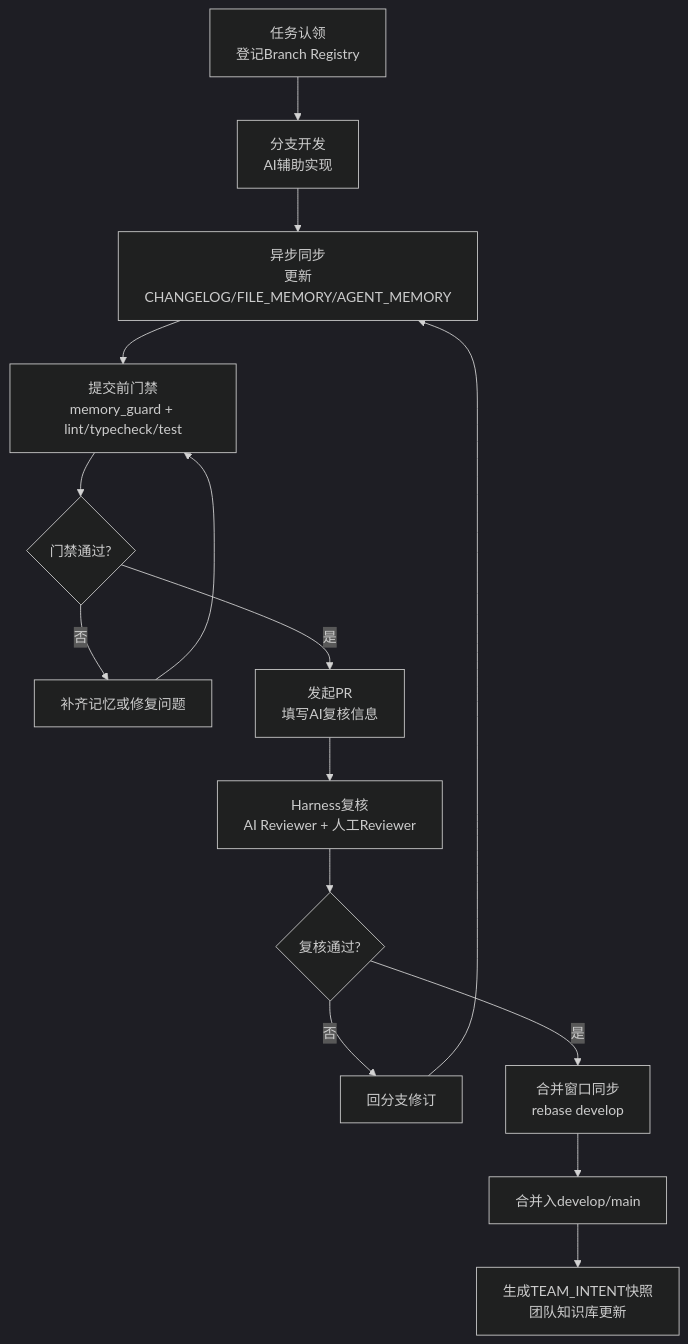
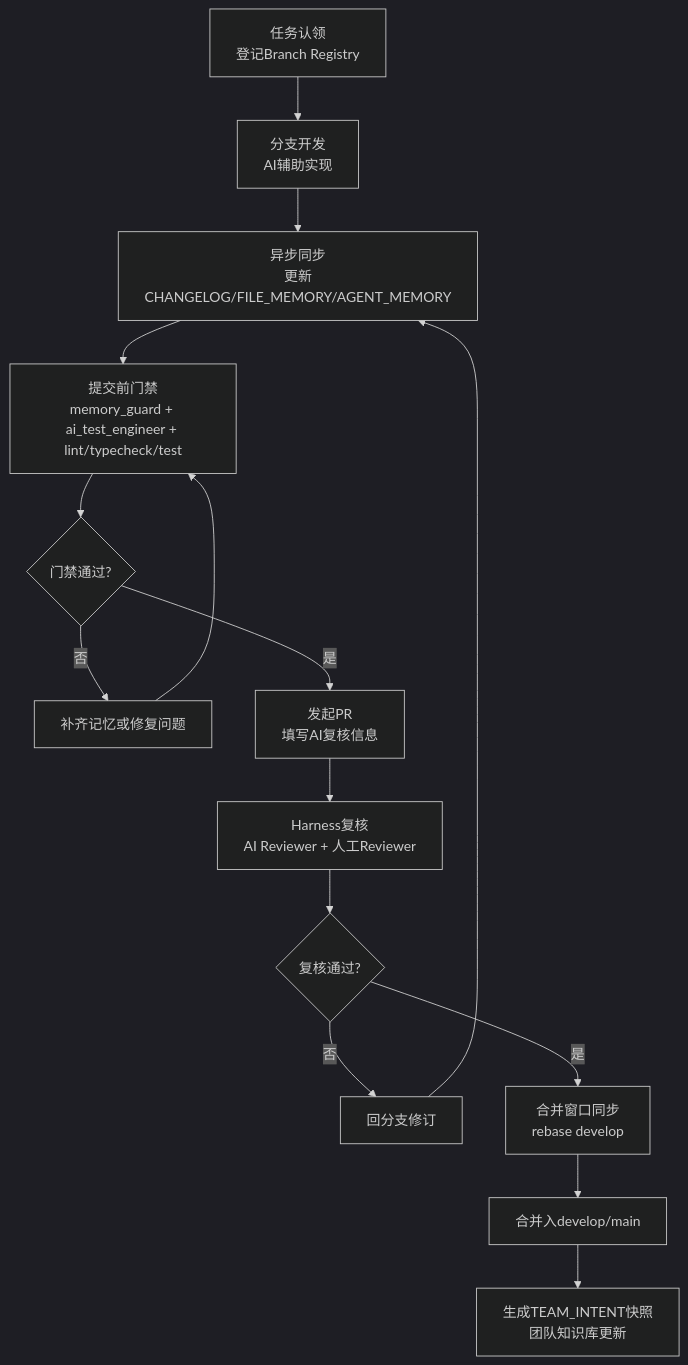
The diagram in docs/39-团队执行版SOP-AI协同开发.md (hyqxyd/vibe-coding-project), drawn with Mermaid (dark theme) before and after one commit. The commit also changed other lines of this file and 7 other files, not shown here.

````diff
--- a/docs/39-团队执行版SOP-AI协同开发.md
+++ b/docs/39-团队执行版SOP-AI协同开发.md
@@ -5,17 +5,17 @@
 ```mermaid
 flowchart TD
     A[任务认领<br/>登记Branch Registry] --> B[分支开发<br/>AI辅助实现]
     B --> C[异步同步<br/>更新CHANGELOG/FILE_MEMORY/AGENT_MEMORY]
-    C --> D[提交前门禁<br/>memory_guard + lint/typecheck/test]
+    C --> D[提交前门禁<br/>memory_guard + ai_test_engineer + lint/typecheck/test]
     D --> E{门禁通过?}
     E -- 否 --> F[补齐记忆或修复问题]
     F --> D
     E -- 是 --> G[发起PR<br/>填写AI复核信息]
     G --> H[Harness复核<br/>AI Reviewer + 人工Reviewer]
     H --> I{复核通过?}
     I -- 否 --> J[回分支修订]
     J --> C
     I -- 是 --> K[合并窗口同步<br/>rebase develop]
     K --> L[合并入develop/main]
     L --> M[生成TEAM_INTENT快照<br/>团队知识库更新]
 ```
````
